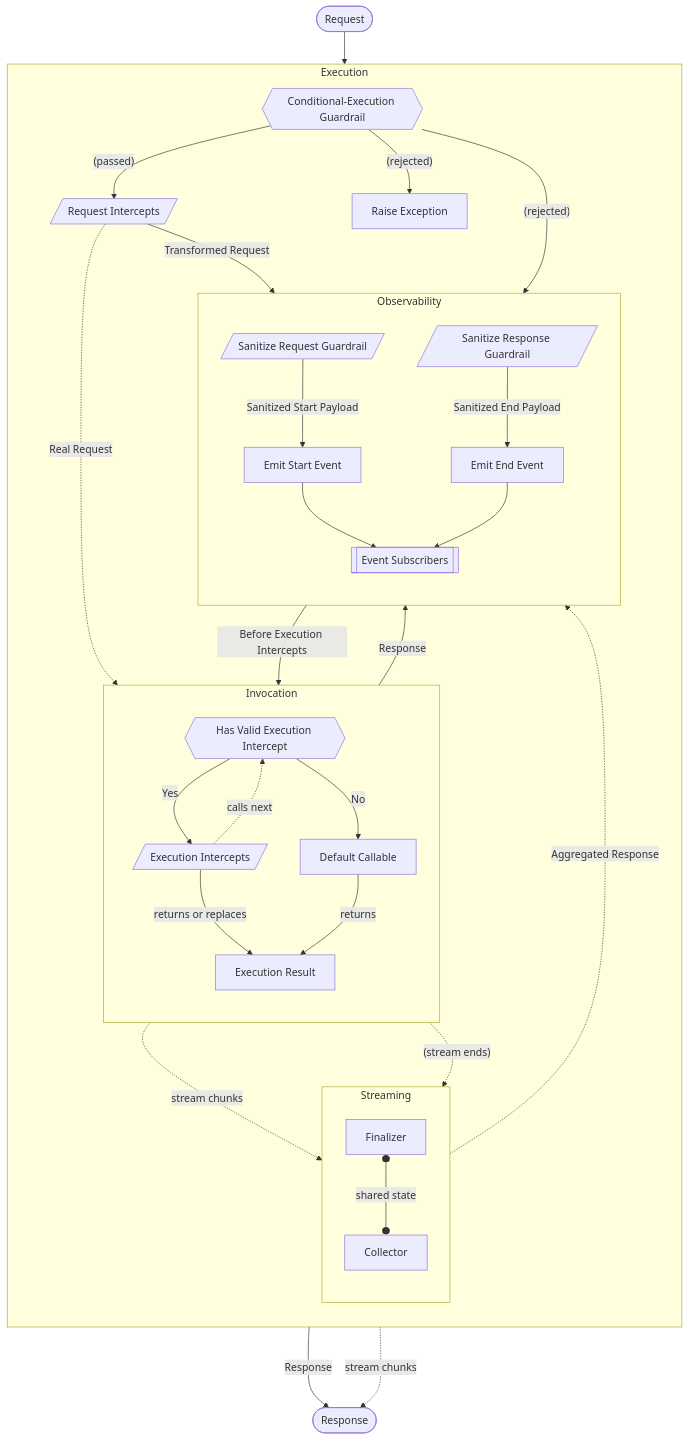
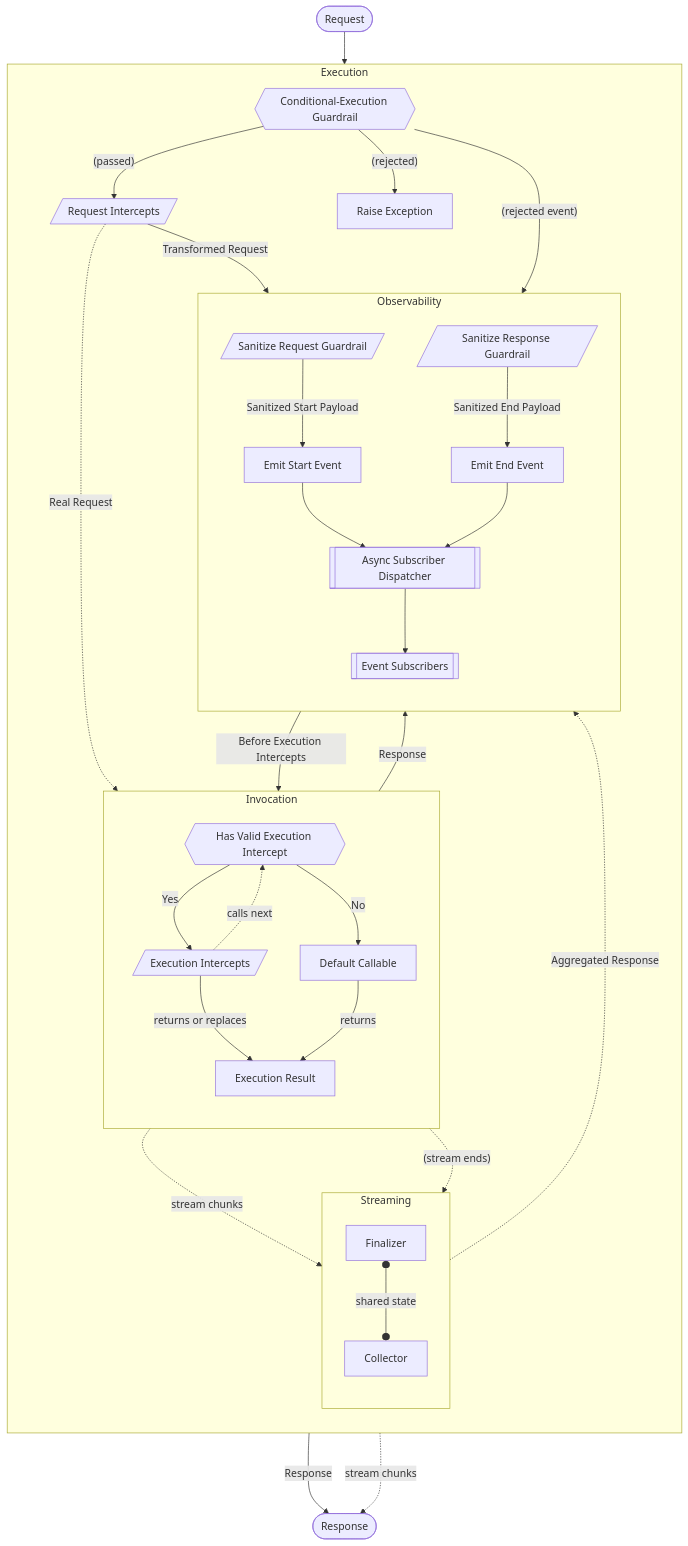
The second of 2 diagrams in fern/pages-dev/about-nemo-relay/concepts/middleware.mdx (willkill07/NeMo-Relay), drawn with Mermaid before and after one commit. The commit also changed other lines of this file and 186 other files, not shown here.

````diff
--- a/fern/pages-dev/about-nemo-relay/concepts/middleware.mdx
+++ b/fern/pages-dev/about-nemo-relay/concepts/middleware.mdx
@@ -177,70 +180,72 @@
 ```mermaid
 flowchart TB
     Request([Request])
 
     subgraph Execution
         direction TB
         ConditionalExecutionGuardrails{{Conditional-Execution Guardrail}}
         RequestIntercepts[/Request Intercepts/]
         RaiseException[Raise Exception]
         subgraph Invocation
             direction TB
             HasExecutionIntercept{{Has Valid Execution Intercept}}
             ExecutionIntercepts[/Execution Intercepts/]
             DefaultCallable[Default Callable]
             InterceptResult[Execution Result]
         end
 
         subgraph Streaming
             direction TB
             Finalizer[Finalizer]
             Collector[Collector]
         end
 
         subgraph Observability
             direction TB
             SanitizeRequestGuardrails[/Sanitize Request Guardrail/]
             SanitizeResponseGuardrails[/Sanitize Response Guardrail/]
             StartEvent[Emit Start Event]
             EndEvent[Emit End Event]
+            Dispatcher[["Async Subscriber Dispatcher"]]
             EventSubscribers[["Event Subscribers"]]
         end
     end
 
     Response([Response])
 
     Request --> ConditionalExecutionGuardrails
     RequestIntercepts -->|Transformed Request| SanitizeRequestGuardrails
-    ConditionalExecutionGuardrails -->|"(rejected)"| EventSubscribers
+    ConditionalExecutionGuardrails -->|"(rejected event)"| Dispatcher
     ConditionalExecutionGuardrails -->|"(rejected)"| RaiseException
     ConditionalExecutionGuardrails -->|"(passed)"| RequestIntercepts
     SanitizeRequestGuardrails -->|Sanitized Start Payload| StartEvent
-    StartEvent --> EventSubscribers
+    StartEvent --> Dispatcher
+    Dispatcher --> EventSubscribers
     StartEvent -->|Before Execution Intercepts| HasExecutionIntercept
     RequestIntercepts -.->|Real Request| HasExecutionIntercept
 
     HasExecutionIntercept -->|No| DefaultCallable
     HasExecutionIntercept -->|Yes| ExecutionIntercepts
     ExecutionIntercepts -.->|calls next| HasExecutionIntercept
     ExecutionIntercepts -->|returns or replaces| InterceptResult
     DefaultCallable -->|returns| InterceptResult
 
     InterceptResult -->|Response| SanitizeResponseGuardrails
     InterceptResult -->|Response| Response
 
     InterceptResult -.->|stream chunks| Collector
     Collector -..->|stream chunks| Response
     InterceptResult -.->|"(stream ends)"| Finalizer
     Finalizer -.->|Aggregated Response| SanitizeResponseGuardrails
     Finalizer o--o|shared state| Collector
 
     SanitizeResponseGuardrails -->|Sanitized End Payload| EndEvent
-    EndEvent --> EventSubscribers
+    EndEvent --> Dispatcher
 
     class Execution,Invocation,Streaming,Observability,Request,Response grey-lightest;
-    class EventSubscribers,StartEvent,EndEvent teal-lightest;
+    class Dispatcher,EventSubscribers,StartEvent,EndEvent teal-lightest;
     class RequestIntercepts,HasExecutionIntercept,ExecutionIntercepts yellow-lightest;
     class ConditionalExecutionGuardrails,SanitizeRequestGuardrails,SanitizeResponseGuardrails green-lightest;
     class RaiseException red-lightest;
     class DefaultCallable,InterceptResult,Collector,Finalizer magenta-lightest;
 ```
````
